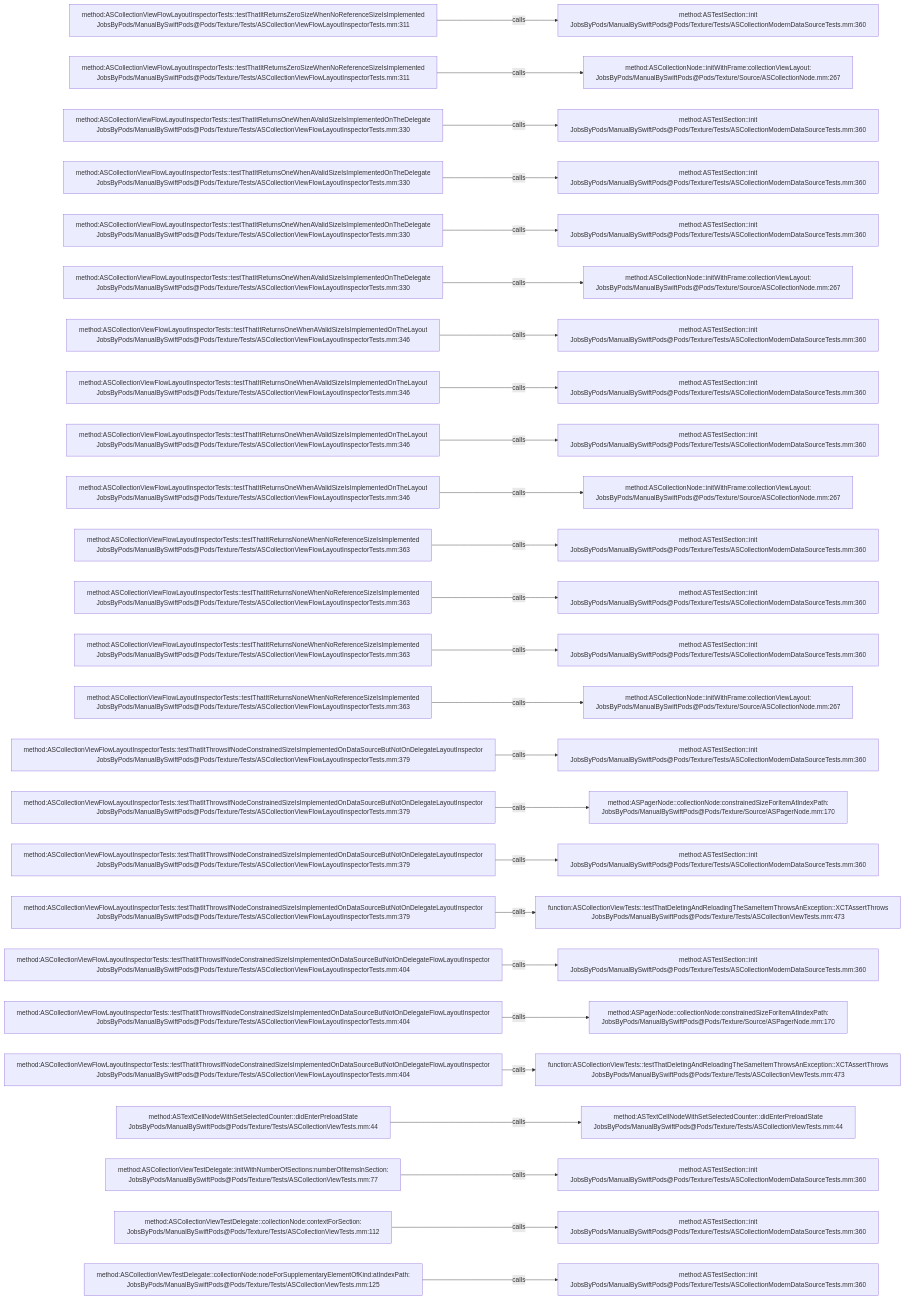
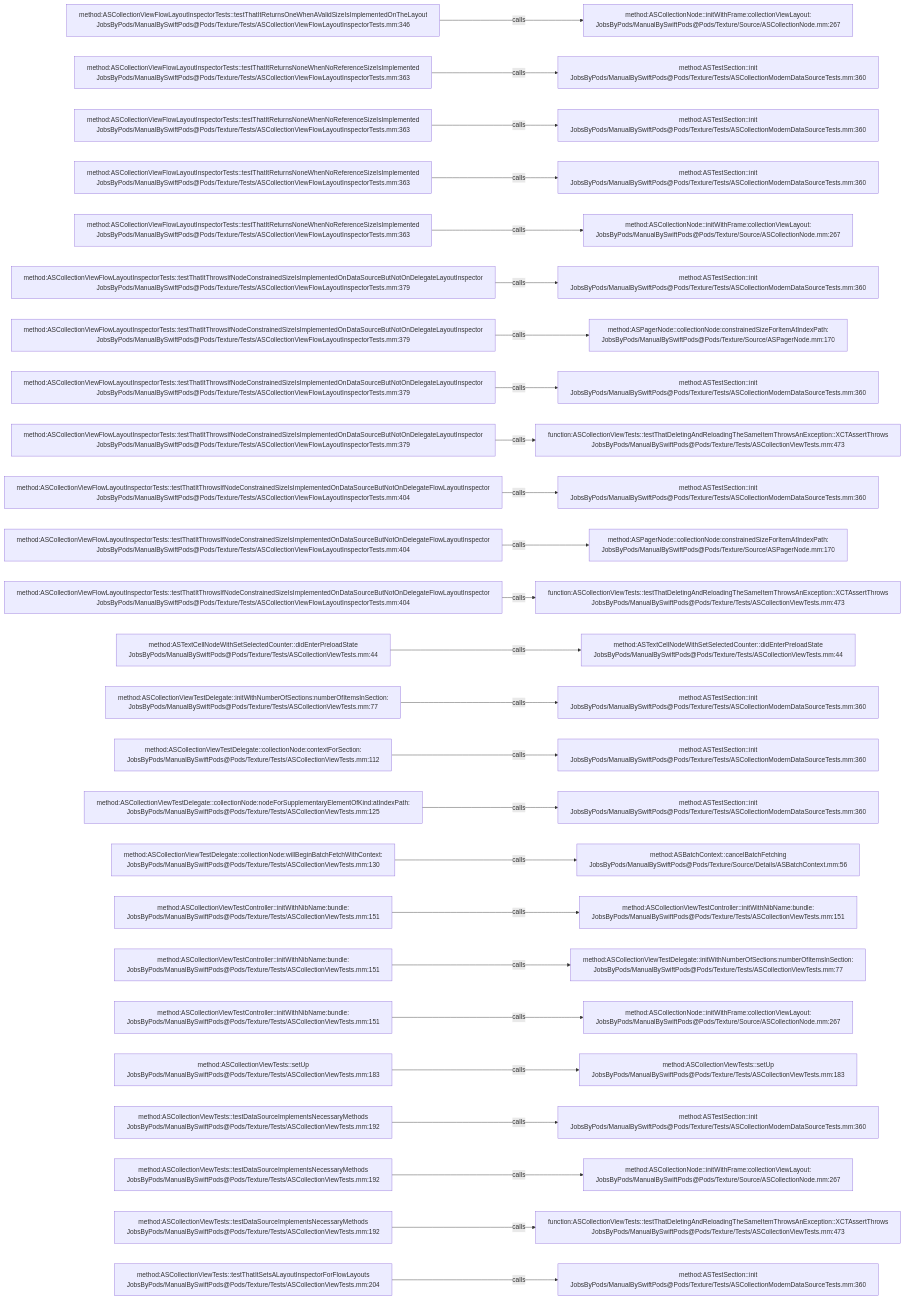
Before and after one commit to JobsKits/JobsSwiftBaseConfigDemo: the diagram in .codegraph/codegraph.md/graphs/calls-170.md, drawn with Mermaid. The commit also changed 707 other files, not shown here.

````diff
--- a/.codegraph/codegraph.md/graphs/calls-170.md
+++ b/.codegraph/codegraph.md/graphs/calls-170.md
@@ -13,78 +13,78 @@
 ```mermaid
 flowchart LR
-  S1["method:ASCollectionViewFlowLayoutInspectorTests::testThatItReturnsZeroSizeWhenNoReferenceSizeIsImplemented<br/>JobsByPods/ManualBySwiftPods@Pods/Texture/Tests/ASCollectionViewFlowLayoutInspectorTests.mm:311"]
-  T1["method:ASTestSection::init<br/>JobsByPods/ManualBySwiftPods@Pods/Texture/Tests/ASCollectionModernDataSourceTests.mm:360"]
+  S1["method:ASCollectionViewFlowLayoutInspectorTests::testThatItReturnsOneWhenAValidSizeIsImplementedOnTheLayout<br/>JobsByPods/ManualBySwiftPods@Pods/Texture/Tests/ASCollectionViewFlowLayoutInspectorTests.mm:346"]
+  T1["method:ASCollectionNode::initWithFrame:collectionViewLayout:<br/>JobsByPods/ManualBySwiftPods@Pods/Texture/Source/ASCollectionNode.mm:267"]
   S1 -->|calls| T1
-  S2["method:ASCollectionViewFlowLayoutInspectorTests::testThatItReturnsZeroSizeWhenNoReferenceSizeIsImplemented<br/>JobsByPods/ManualBySwiftPods@Pods/Texture/Tests/ASCollectionViewFlowLayoutInspectorTests.mm:311"]
-  T2["method:ASCollectionNode::initWithFrame:collectionViewLayout:<br/>JobsByPods/ManualBySwiftPods@Pods/Texture/Source/ASCollectionNode.mm:267"]
+  S2["method:ASCollectionViewFlowLayoutInspectorTests::testThatItReturnsNoneWhenNoReferenceSizeIsImplemented<br/>JobsByPods/ManualBySwiftPods@Pods/Texture/Tests/ASCollectionViewFlowLayoutInspectorTests.mm:363"]
+  T2["method:ASTestSection::init<br/>JobsByPods/ManualBySwiftPods@Pods/Texture/Tests/ASCollectionModernDataSourceTests.mm:360"]
   S2 -->|calls| T2
-  S3["method:ASCollectionViewFlowLayoutInspectorTests::testThatItReturnsOneWhenAValidSizeIsImplementedOnTheDelegate<br/>JobsByPods/ManualBySwiftPods@Pods/Texture/Tests/ASCollectionViewFlowLayoutInspectorTests.mm:330"]
+  S3["method:ASCollectionViewFlowLayoutInspectorTests::testThatItReturnsNoneWhenNoReferenceSizeIsImplemented<br/>JobsByPods/ManualBySwiftPods@Pods/Texture/Tests/ASCollectionViewFlowLayoutInspectorTests.mm:363"]
   T3["method:ASTestSection::init<br/>JobsByPods/ManualBySwiftPods@Pods/Texture/Tests/ASCollectionModernDataSourceTests.mm:360"]
   S3 -->|calls| T3
-  S4["method:ASCollectionViewFlowLayoutInspectorTests::testThatItReturnsOneWhenAValidSizeIsImplementedOnTheDelegate<br/>JobsByPods/ManualBySwiftPods@Pods/Texture/Tests/ASCollectionViewFlowLayoutInspectorTests.mm:330"]
+  S4["method:ASCollectionViewFlowLayoutInspectorTests::testThatItReturnsNoneWhenNoReferenceSizeIsImplemented<br/>JobsByPods/ManualBySwiftPods@Pods/Texture/Tests/ASCollectionViewFlowLayoutInspectorTests.mm:363"]
   T4["method:ASTestSection::init<br/>JobsByPods/ManualBySwiftPods@Pods/Texture/Tests/ASCollectionModernDataSourceTests.mm:360"]
   S4 -->|calls| T4
-  S5["method:ASCollectionViewFlowLayoutInspectorTests::testThatItReturnsOneWhenAValidSizeIsImplementedOnTheDelegate<br/>JobsByPods/ManualBySwiftPods@Pods/Texture/Tests/ASCollectionViewFlowLayoutInspectorTests.mm:330"]
-  T5["method:ASTestSection::init<br/>JobsByPods/ManualBySwiftPods@Pods/Texture/Tests/ASCollectionModernDataSourceTests.mm:360"]
+  S5["method:ASCollectionViewFlowLayoutInspectorTests::testThatItReturnsNoneWhenNoReferenceSizeIsImplemented<br/>JobsByPods/ManualBySwiftPods@Pods/Texture/Tests/ASCollectionViewFlowLayoutInspectorTests.mm:363"]
+  T5["method:ASCollectionNode::initWithFrame:collectionViewLayout:<br/>JobsByPods/ManualBySwiftPods@Pods/Texture/Source/ASCollectionNode.mm:267"]
   S5 -->|calls| T5
-  S6["method:ASCollectionViewFlowLayoutInspectorTests::testThatItReturnsOneWhenAValidSizeIsImplementedOnTheDelegate<br/>JobsByPods/ManualBySwiftPods@Pods/Texture/Tests/ASCollectionViewFlowLayoutInspectorTests.mm:330"]
-  T6["method:ASCollectionNode::initWithFrame:collectionViewLayout:<br/>JobsByPods/ManualBySwiftPods@Pods/Texture/Source/ASCollectionNode.mm:267"]
+  S6["method:ASCollectionViewFlowLayoutInspectorTests::testThatItThrowsIfNodeConstrainedSizeIsImplementedOnDataSourceButNotOnDelegateLayoutInspector<br/>JobsByPods/ManualBySwiftPods@Pods/Texture/Tests/ASCollectionViewFlowLayoutInspectorTests.mm:379"]
+  T6["method:ASTestSection::init<br/>JobsByPods/ManualBySwiftPods@Pods/Texture/Tests/ASCollectionModernDataSourceTests.mm:360"]
   S6 -->|calls| T6
-  S7["method:ASCollectionViewFlowLayoutInspectorTests::testThatItReturnsOneWhenAValidSizeIsImplementedOnTheLayout<br/>JobsByPods/ManualBySwiftPods@Pods/Texture/Tests/ASCollectionViewFlowLayoutInspectorTests.mm:346"]
-  T7["method:ASTestSection::init<br/>JobsByPods/ManualBySwiftPods@Pods/Texture/Tests/ASCollectionModernDataSourceTests.mm:360"]
+  S7["method:ASCollectionViewFlowLayoutInspectorTests::testThatItThrowsIfNodeConstrainedSizeIsImplementedOnDataSourceButNotOnDelegateLayoutInspector<br/>JobsByPods/ManualBySwiftPods@Pods/Texture/Tests/ASCollectionViewFlowLayoutInspectorTests.mm:379"]
+  T7["method:ASPagerNode::collectionNode:constrainedSizeForItemAtIndexPath:<br/>JobsByPods/ManualBySwiftPods@Pods/Texture/Source/ASPagerNode.mm:170"]
   S7 -->|calls| T7
-  S8["method:ASCollectionViewFlowLayoutInspectorTests::testThatItReturnsOneWhenAValidSizeIsImplementedOnTheLayout<br/>JobsByPods/ManualBySwiftPods@Pods/Texture/Tests/ASCollectionViewFlowLayoutInspectorTests.mm:346"]
+  S8["method:ASCollectionViewFlowLayoutInspectorTests::testThatItThrowsIfNodeConstrainedSizeIsImplementedOnDataSourceButNotOnDelegateLayoutInspector<br/>JobsByPods/ManualBySwiftPods@Pods/Texture/Tests/ASCollectionViewFlowLayoutInspectorTests.mm:379"]
   T8["method:ASTestSection::init<br/>JobsByPods/ManualBySwiftPods@Pods/Texture/Tests/ASCollectionModernDataSourceTests.mm:360"]
   S8 -->|calls| T8
-  S9["method:ASCollectionViewFlowLayoutInspectorTests::testThatItReturnsOneWhenAValidSizeIsImplementedOnTheLayout<br/>JobsByPods/ManualBySwiftPods@Pods/Texture/Tests/ASCollectionViewFlowLayoutInspectorTests.mm:346"]
-  T9["method:ASTestSection::init<br/>JobsByPods/ManualBySwiftPods@Pods/Texture/Tests/ASCollectionModernDataSourceTests.mm:360"]
+  S9["method:ASCollectionViewFlowLayoutInspectorTests::testThatItThrowsIfNodeConstrainedSizeIsImplementedOnDataSourceButNotOnDelegateLayoutInspector<br/>JobsByPods/ManualBySwiftPods@Pods/Texture/Tests/ASCollectionViewFlowLayoutInspectorTests.mm:379"]
+  T9["function:ASCollectionViewTests::testThatDeletingAndReloadingTheSameItemThrowsAnException::XCTAssertThrows<br/>JobsByPods/ManualBySwiftPods@Pods/Texture/Tests/ASCollectionViewTests.mm:473"]
   S9 -->|calls| T9
-  S10["method:ASCollectionViewFlowLayoutInspectorTests::testThatItReturnsOneWhenAValidSizeIsImplementedOnTheLayout<br/>JobsByPods/ManualBySwiftPods@Pods/Texture/Tests/ASCollectionViewFlowLayoutInspectorTests.mm:346"]
-  T10["method:ASCollectionNode::initWithFrame:collectionViewLayout:<br/>JobsByPods/ManualBySwiftPods@Pods/Texture/Source/ASCollectionNode.mm:267"]
+  S10["method:ASCollectionViewFlowLayoutInspectorTests::testThatItThrowsIfNodeConstrainedSizeIsImplementedOnDataSourceButNotOnDelegateFlowLayoutInspector<br/>JobsByPods/ManualBySwiftPods@Pods/Texture/Tests/ASCollectionViewFlowLayoutInspectorTests.mm:404"]
+  T10["method:ASTestSection::init<br/>JobsByPods/ManualBySwiftPods@Pods/Texture/Tests/ASCollectionModernDataSourceTests.mm:360"]
   S10 -->|calls| T10
-  S11["method:ASCollectionViewFlowLayoutInspectorTests::testThatItReturnsNoneWhenNoReferenceSizeIsImplemented<br/>JobsByPods/ManualBySwiftPods@Pods/Texture/Tests/ASCollectionViewFlowLayoutInspectorTests.mm:363"]
-  T11["method:ASTestSection::init<br/>JobsByPods/ManualBySwiftPods@Pods/Texture/Tests/ASCollectionModernDataSourceTests.mm:360"]
+  S11["method:ASCollectionViewFlowLayoutInspectorTests::testThatItThrowsIfNodeConstrainedSizeIsImplementedOnDataSourceButNotOnDelegateFlowLayoutInspector<br/>JobsByPods/ManualBySwiftPods@Pods/Texture/Tests/ASCollectionViewFlowLayoutInspectorTests.mm:404"]
+  T11["method:ASPagerNode::collectionNode:constrainedSizeForItemAtIndexPath:<br/>JobsByPods/ManualBySwiftPods@Pods/Texture/Source/ASPagerNode.mm:170"]
   S11 -->|calls| T11
-  S12["method:ASCollectionViewFlowLayoutInspectorTests::testThatItReturnsNoneWhenNoReferenceSizeIsImplemented<br/>JobsByPods/ManualBySwiftPods@Pods/Texture/Tests/ASCollectionViewFlowLayoutInspectorTests.mm:363"]
-  T12["method:ASTestSection::init<br/>JobsByPods/ManualBySwiftPods@Pods/Texture/Tests/ASCollectionModernDataSourceTests.mm:360"]
+  S12["method:ASCollectionViewFlowLayoutInspectorTests::testThatItThrowsIfNodeConstrainedSizeIsImplementedOnDataSourceButNotOnDelegateFlowLayoutInspector<br/>JobsByPods/ManualBySwiftPods@Pods/Texture/Tests/ASCollectionViewFlowLayoutInspectorTests.mm:404"]
+  T12["function:ASCollectionViewTests::testThatDeletingAndReloadingTheSameItemThrowsAnException::XCTAssertThrows<br/>JobsByPods/ManualBySwiftPods@Pods/Texture/Tests/ASCollectionViewTests.mm:473"]
   S12 -->|calls| T12
-  S13["method:ASCollectionViewFlowLayoutInspectorTests::testThatItReturnsNoneWhenNoReferenceSizeIsImplemented<br/>JobsByPods/ManualBySwiftPods@Pods/Texture/Tests/ASCollectionViewFlowLayoutInspectorTests.mm:363"]
-  T13["method:ASTestSection::init<br/>JobsByPods/ManualBySwiftPods@Pods/Texture/Tests/ASCollectionModernDataSourceTests.mm:360"]
+  S13["method:ASTextCellNodeWithSetSelectedCounter::didEnterPreloadState<br/>JobsByPods/ManualBySwiftPods@Pods/Texture/Tests/ASCollectionViewTests.mm:44"]
+  T13["method:ASTextCellNodeWithSetSelectedCounter::didEnterPreloadState<br/>JobsByPods/ManualBySwiftPods@Pods/Texture/Tests/ASCollectionViewTests.mm:44"]
   S13 -->|calls| T13
-  S14["method:ASCollectionViewFlowLayoutInspectorTests::testThatItReturnsNoneWhenNoReferenceSizeIsImplemented<br/>JobsByPods/ManualBySwiftPods@Pods/Texture/Tests/ASCollectionViewFlowLayoutInspectorTests.mm:363"]
-  T14["method:ASCollectionNode::initWithFrame:collectionViewLayout:<br/>JobsByPods/ManualBySwiftPods@Pods/Texture/Source/ASCollectionNode.mm:267"]
+  S14["method:ASCollectionViewTestDelegate::initWithNumberOfSections:numberOfItemsInSection:<br/>JobsByPods/ManualBySwiftPods@Pods/Texture/Tests/ASCollectionViewTests.mm:77"]
+  T14["method:ASTestSection::init<br/>JobsByPods/ManualBySwiftPods@Pods/Texture/Tests/ASCollectionModernDataSourceTests.mm:360"]
   S14 -->|calls| T14
-  S15["method:ASCollectionViewFlowLayoutInspectorTests::testThatItThrowsIfNodeConstrainedSizeIsImplementedOnDataSourceButNotOnDelegateLayoutInspector<br/>JobsByPods/ManualBySwiftPods@Pods/Texture/Tests/ASCollectionViewFlowLayoutInspectorTests.mm:379"]
+  S15["method:ASCollectionViewTestDelegate::collectionNode:contextForSection:<br/>JobsByPods/ManualBySwiftPods@Pods/Texture/Tests/ASCollectionViewTests.mm:112"]
   T15["method:ASTestSection::init<br/>JobsByPods/ManualBySwiftPods@Pods/Texture/Tests/ASCollectionModernDataSourceTests.mm:360"]
   S15 -->|calls| T15
-  S16["method:ASCollectionViewFlowLayoutInspectorTests::testThatItThrowsIfNodeConstrainedSizeIsImplementedOnDataSourceButNotOnDelegateLayoutInspector<br/>JobsByPods/ManualBySwiftPods@Pods/Texture/Tests/ASCollectionViewFlowLayoutInspectorTests.mm:379"]
-  T16["method:ASPagerNode::collectionNode:constrainedSizeForItemAtIndexPath:<br/>JobsByPods/ManualBySwiftPods@Pods/Texture/Source/ASPagerNode.mm:170"]
+  S16["method:ASCollectionViewTestDelegate::collectionNode:nodeForSupplementaryElementOfKind:atIndexPath:<br/>JobsByPods/ManualBySwiftPods@Pods/Texture/Tests/ASCollectionViewTests.mm:125"]
+  T16["method:ASTestSection::init<br/>JobsByPods/ManualBySwiftPods@Pods/Texture/Tests/ASCollectionModernDataSourceTests.mm:360"]
   S16 -->|calls| T16
-  S17["method:ASCollectionViewFlowLayoutInspectorTests::testThatItThrowsIfNodeConstrainedSizeIsImplementedOnDataSourceButNotOnDelegateLayoutInspector<br/>JobsByPods/ManualBySwiftPods@Pods/Texture/Tests/ASCollectionViewFlowLayoutInspectorTests.mm:379"]
-  T17["method:ASTestSection::init<br/>JobsByPods/ManualBySwiftPods@Pods/Texture/Tests/ASCollectionModernDataSourceTests.mm:360"]
+  S17["method:ASCollectionViewTestDelegate::collectionNode:willBeginBatchFetchWithContext:<br/>JobsByPods/ManualBySwiftPods@Pods/Texture/Tests/ASCollectionViewTests.mm:130"]
+  T17["method:ASBatchContext::cancelBatchFetching<br/>JobsByPods/ManualBySwiftPods@Pods/Texture/Source/Details/ASBatchContext.mm:56"]
   S17 -->|calls| T17
-  S18["method:ASCollectionViewFlowLayoutInspectorTests::testThatItThrowsIfNodeConstrainedSizeIsImplementedOnDataSourceButNotOnDelegateLayoutInspector<br/>JobsByPods/ManualBySwiftPods@Pods/Texture/Tests/ASCollectionViewFlowLayoutInspectorTests.mm:379"]
-  T18["function:ASCollectionViewTests::testThatDeletingAndReloadingTheSameItemThrowsAnException::XCTAssertThrows<br/>JobsByPods/ManualBySwiftPods@Pods/Texture/Tests/ASCollectionViewTests.mm:473"]
+  S18["method:ASCollectionViewTestController::initWithNibName:bundle:<br/>JobsByPods/ManualBySwiftPods@Pods/Texture/Tests/ASCollectionViewTests.mm:151"]
+  T18["method:ASCollectionViewTestController::initWithNibName:bundle:<br/>JobsByPods/ManualBySwiftPods@Pods/Texture/Tests/ASCollectionViewTests.mm:151"]
   S18 -->|calls| T18
-  S19["method:ASCollectionViewFlowLayoutInspectorTests::testThatItThrowsIfNodeConstrainedSizeIsImplementedOnDataSourceButNotOnDelegateFlowLayoutInspector<br/>JobsByPods/ManualBySwiftPods@Pods/Texture/Tests/ASCollectionViewFlowLayoutInspectorTests.mm:404"]
-  T19["method:ASTestSection::init<br/>JobsByPods/ManualBySwiftPods@Pods/Texture/Tests/ASCollectionModernDataSourceTests.mm:360"]
+  S19["method:ASCollectionViewTestController::initWithNibName:bundle:<br/>JobsByPods/ManualBySwiftPods@Pods/Texture/Tests/ASCollectionViewTests.mm:151"]
+  T19["method:ASCollectionViewTestDelegate::initWithNumberOfSections:numberOfItemsInSection:<br/>JobsByPods/ManualBySwiftPods@Pods/Texture/Tests/ASCollectionViewTests.mm:77"]
   S19 -->|calls| T19
-  S20["method:ASCollectionViewFlowLayoutInspectorTests::testThatItThrowsIfNodeConstrainedSizeIsImplementedOnDataSourceButNotOnDelegateFlowLayoutInspector<br/>JobsByPods/ManualBySwiftPods@Pods/Texture/Tests/ASCollectionViewFlowLayoutInspectorTests.mm:404"]
-  T20["method:ASPagerNode::collectionNode:constrainedSizeForItemAtIndexPath:<br/>JobsByPods/ManualBySwiftPods@Pods/Texture/Source/ASPagerNode.mm:170"]
+  S20["method:ASCollectionViewTestController::initWithNibName:bundle:<br/>JobsByPods/ManualBySwiftPods@Pods/Texture/Tests/ASCollectionViewTests.mm:151"]
+  T20["method:ASCollectionNode::initWithFrame:collectionViewLayout:<br/>JobsByPods/ManualBySwiftPods@Pods/Texture/Source/ASCollectionNode.mm:267"]
   S20 -->|calls| T20
-  S21["method:ASCollectionViewFlowLayoutInspectorTests::testThatItThrowsIfNodeConstrainedSizeIsImplementedOnDataSourceButNotOnDelegateFlowLayoutInspector<br/>JobsByPods/ManualBySwiftPods@Pods/Texture/Tests/ASCollectionViewFlowLayoutInspectorTests.mm:404"]
-  T21["function:ASCollectionViewTests::testThatDeletingAndReloadingTheSameItemThrowsAnException::XCTAssertThrows<br/>JobsByPods/ManualBySwiftPods@Pods/Texture/Tests/ASCollectionViewTests.mm:473"]
+  S21["method:ASCollectionViewTests::setUp<br/>JobsByPods/ManualBySwiftPods@Pods/Texture/Tests/ASCollectionViewTests.mm:183"]
+  T21["method:ASCollectionViewTests::setUp<br/>JobsByPods/ManualBySwiftPods@Pods/Texture/Tests/ASCollectionViewTests.mm:183"]
   S21 -->|calls| T21
-  S22["method:ASTextCellNodeWithSetSelectedCounter::didEnterPreloadState<br/>JobsByPods/ManualBySwiftPods@Pods/Texture/Tests/ASCollectionViewTests.mm:44"]
-  T22["method:ASTextCellNodeWithSetSelectedCounter::didEnterPreloadState<br/>JobsByPods/ManualBySwiftPods@Pods/Texture/Tests/ASCollectionViewTests.mm:44"]
+  S22["method:ASCollectionViewTests::testDataSourceImplementsNecessaryMethods<br/>JobsByPods/ManualBySwiftPods@Pods/Texture/Tests/ASCollectionViewTests.mm:192"]
+  T22["method:ASTestSection::init<br/>JobsByPods/ManualBySwiftPods@Pods/Texture/Tests/ASCollectionModernDataSourceTests.mm:360"]
   S22 -->|calls| T22
-  S23["method:ASCollectionViewTestDelegate::initWithNumberOfSections:numberOfItemsInSection:<br/>JobsByPods/ManualBySwiftPods@Pods/Texture/Tests/ASCollectionViewTests.mm:77"]
-  T23["method:ASTestSection::init<br/>JobsByPods/ManualBySwiftPods@Pods/Texture/Tests/ASCollectionModernDataSourceTests.mm:360"]
+  S23["method:ASCollectionViewTests::testDataSourceImplementsNecessaryMethods<br/>JobsByPods/ManualBySwiftPods@Pods/Texture/Tests/ASCollectionViewTests.mm:192"]
+  T23["method:ASCollectionNode::initWithFrame:collectionViewLayout:<br/>JobsByPods/ManualBySwiftPods@Pods/Texture/Source/ASCollectionNode.mm:267"]
   S23 -->|calls| T23
-  S24["method:ASCollectionViewTestDelegate::collectionNode:contextForSection:<br/>JobsByPods/ManualBySwiftPods@Pods/Texture/Tests/ASCollectionViewTests.mm:112"]
-  T24["method:ASTestSection::init<br/>JobsByPods/ManualBySwiftPods@Pods/Texture/Tests/ASCollectionModernDataSourceTests.mm:360"]
+  S24["method:ASCollectionViewTests::testDataSourceImplementsNecessaryMethods<br/>JobsByPods/ManualBySwiftPods@Pods/Texture/Tests/ASCollectionViewTests.mm:192"]
+  T24["function:ASCollectionViewTests::testThatDeletingAndReloadingTheSameItemThrowsAnException::XCTAssertThrows<br/>JobsByPods/ManualBySwiftPods@Pods/Texture/Tests/ASCollectionViewTests.mm:473"]
   S24 -->|calls| T24
-  S25["method:ASCollectionViewTestDelegate::collectionNode:nodeForSupplementaryElementOfKind:atIndexPath:<br/>JobsByPods/ManualBySwiftPods@Pods/Texture/Tests/ASCollectionViewTests.mm:125"]
+  S25["method:ASCollectionViewTests::testThatItSetsALayoutInspectorForFlowLayouts<br/>JobsByPods/ManualBySwiftPods@Pods/Texture/Tests/ASCollectionViewTests.mm:204"]
   T25["method:ASTestSection::init<br/>JobsByPods/ManualBySwiftPods@Pods/Texture/Tests/ASCollectionModernDataSourceTests.mm:360"]
   S25 -->|calls| T25
 ```
````
